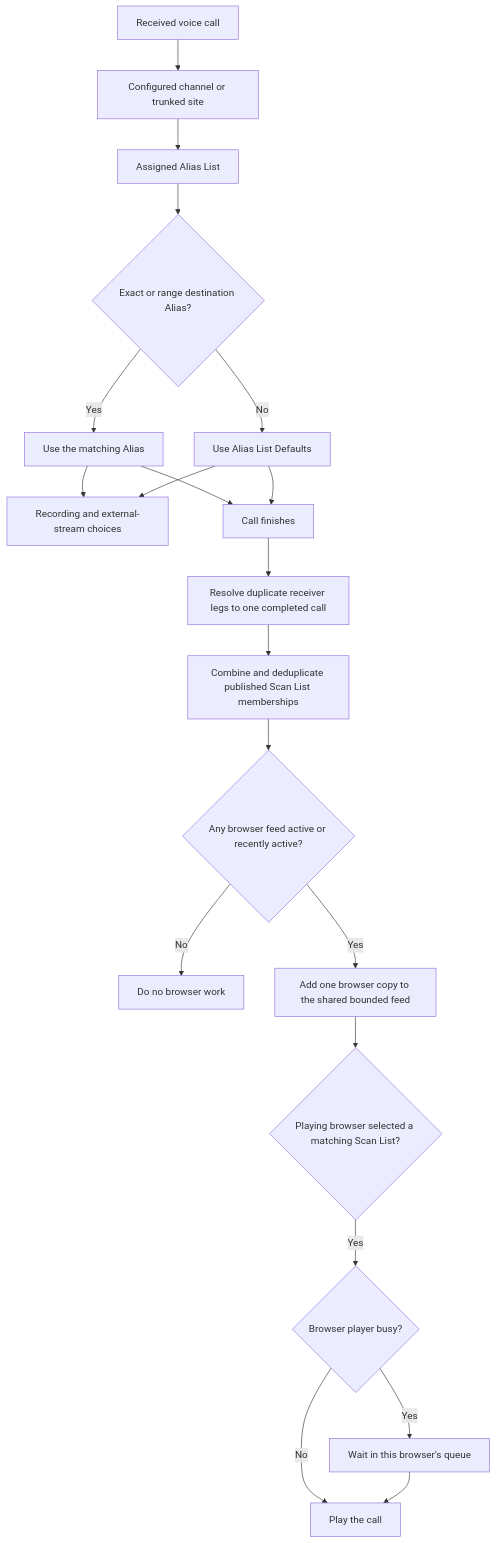
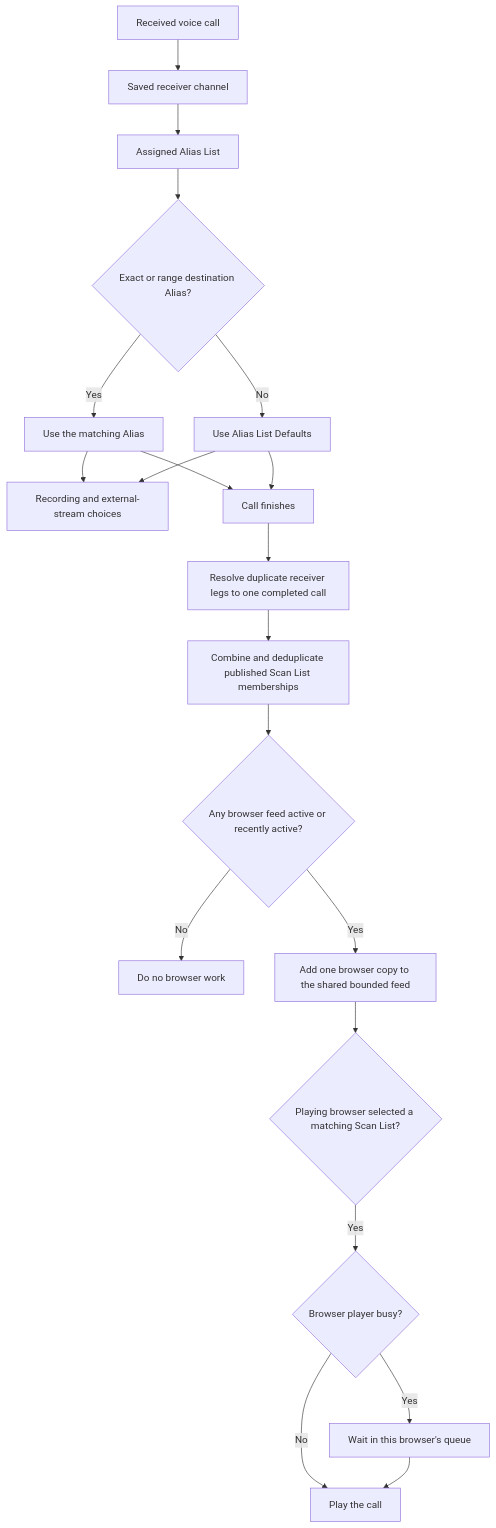
Before and after one commit to tylerwatt12/sdrtrunk-vce: the diagram in docs/browser-listening-and-scan-lists.md, drawn with Mermaid. The commit also changed other lines of this file and 87 other files, not shown here.

````diff
--- a/docs/browser-listening-and-scan-lists.md
+++ b/docs/browser-listening-and-scan-lists.md
@@ -23,22 +23,22 @@
 ```mermaid
 flowchart TD
-    call[Received voice call] --> channel[Configured channel or trunked site]
+    call[Received voice call] --> channel[Saved receiver channel]
     channel --> list[Assigned Alias List]
     list --> match{Exact or range destination Alias?}
     match -- Yes --> alias[Use the matching Alias]
     match -- No --> defaults[Use Alias List Defaults]
     alias --> outputs[Recording and external-stream choices]
     defaults --> outputs
     alias --> complete[Call finishes]
     defaults --> complete
     complete --> resolve[Resolve duplicate receiver legs to one completed call]
     resolve --> routes[Combine and deduplicate published Scan List memberships]
     routes --> active{Any browser feed active or recently active?}
     active -- No --> done[Do no browser work]
     active -- Yes --> feed[Add one browser copy to the shared bounded feed]
     feed --> selected{Playing browser selected a matching Scan List?}
     selected -- Yes --> busy{Browser player busy?}
     busy -- No --> play[Play the call]
     busy -- Yes --> queue[Wait in this browser's queue]
     queue --> play
 ```
````
